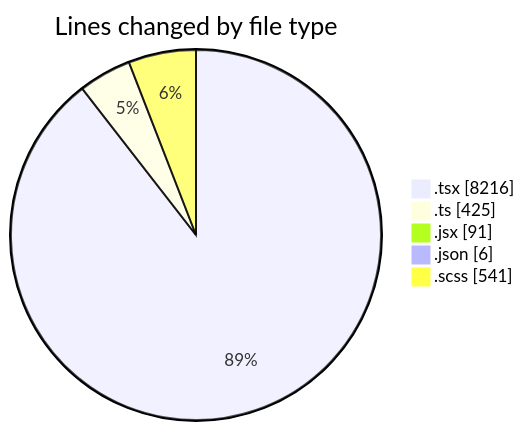
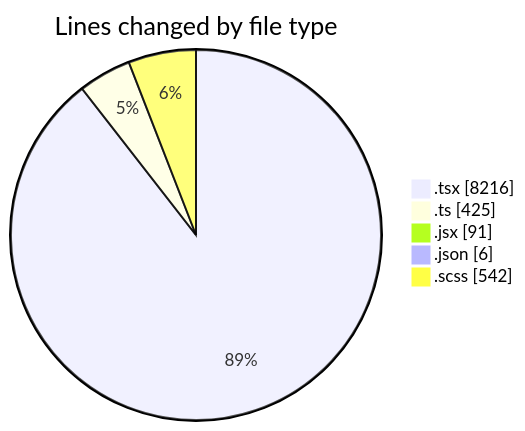
Before and after one commit to momahboobian/code-tracking: the first of 2 diagrams in 2026-04-27/cda/README.md, drawn with Mermaid. The commit also changed other lines of this file and 1 other file, not shown here.

````diff
--- a/2026-04-27/cda/README.md
+++ b/2026-04-27/cda/README.md
@@ -55,9 +55,9 @@
 ```mermaid
 pie showData
 title Lines changed by file type
 ".tsx" : 8216
 ".ts" : 425
 ".jsx" : 91
 ".json" : 6
-".scss" : 541
+".scss" : 542
 ```
````
